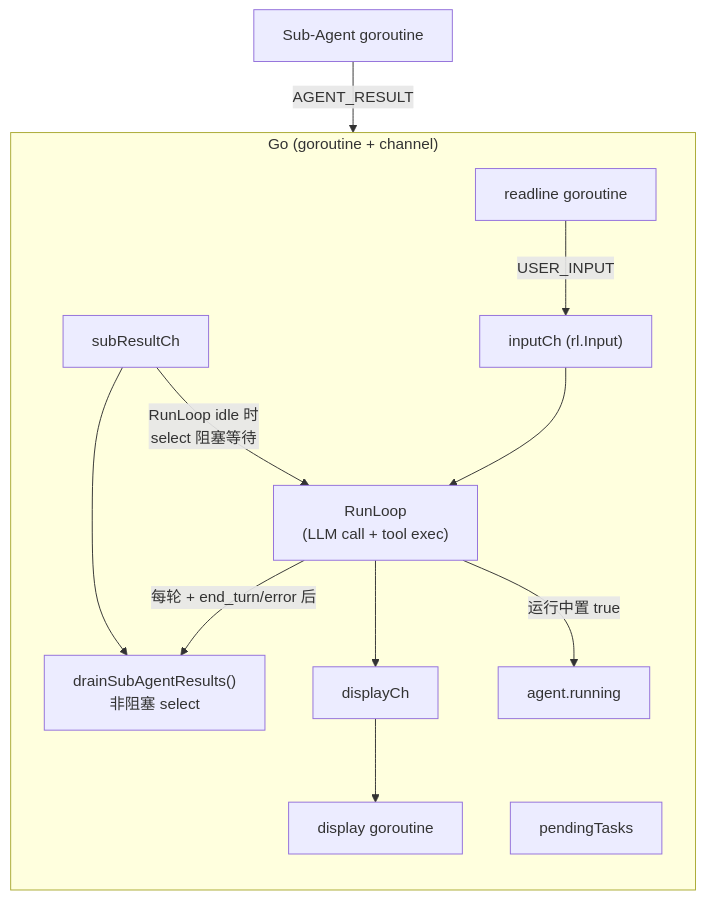
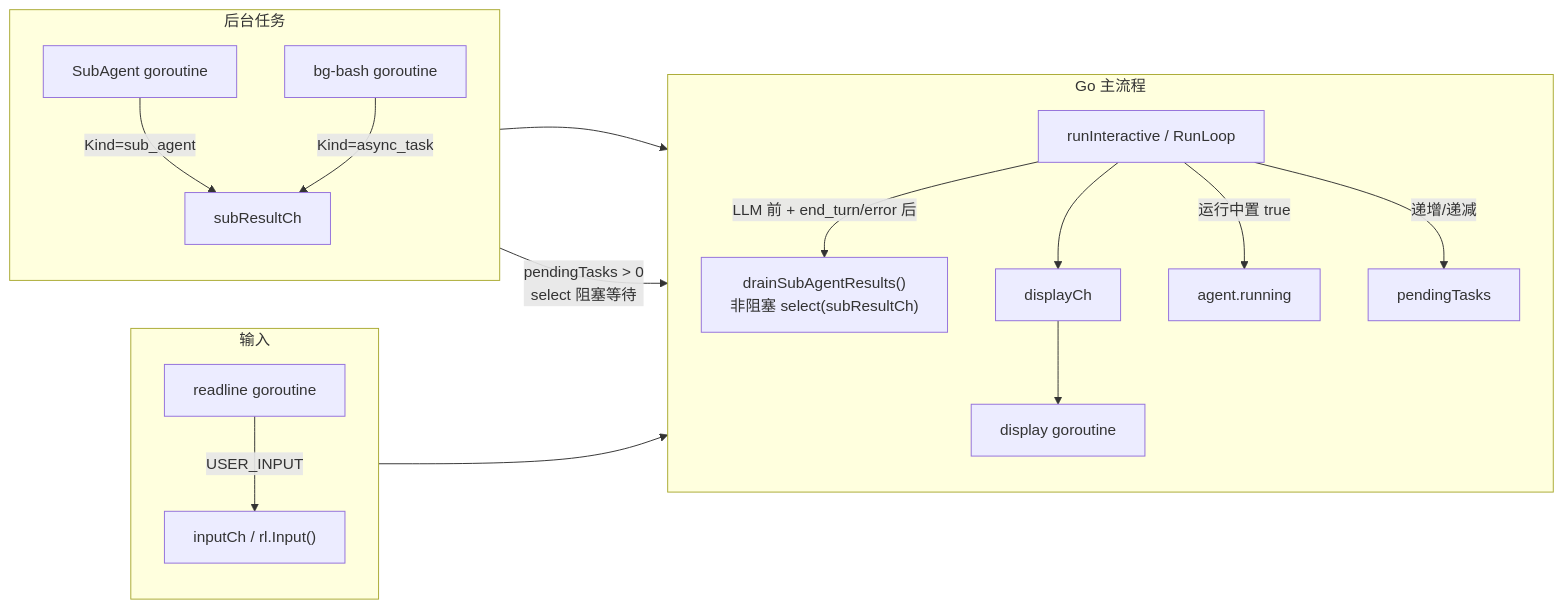
The seventh of 8 diagrams in docs/BASH_ARCHITECTURE.md (lloydzhou/bash-agent), drawn with Mermaid before and after one commit. The commit also changed other lines of this file and 1 other file, not shown here.

Commit message:
docs: update architecture diagrams

````diff
--- a/docs/BASH_ARCHITECTURE.md
+++ b/docs/BASH_ARCHITECTURE.md
@@ -1428,26 +1524,36 @@
 ```mermaid
-graph TB
-    subgraph Go["Go (goroutine + channel)"]
+graph LR
+    subgraph GIn["输入"]
         direction TB
         GL["readline goroutine"]
-        GInput["inputCh (rl.Input)"]
-        GMain["RunLoop<br/>(LLM call + tool exec)"]
-        GDrain["drainSubAgentResults()<br/>非阻塞 select"]
-        GResultQ["subResultCh"]
+        GInput["inputCh / rl.Input()"]
+        GL -->|"USER_INPUT"| GInput
+    end
+
+    subgraph GMainFlow["Go 主流程"]
+        direction TB
+        GLoop["runInteractive / RunLoop"]
+        GDrain["drainSubAgentResults()<br/>非阻塞 select(subResultCh)"]
         GDispQ["displayCh"]
         GDisp["display goroutine"]
         GRunning["agent.running"]
         GPending["pendingTasks"]
+        GLoop -->|"LLM 前 + end_turn/error 后"| GDrain
+        GLoop --> GDispQ --> GDisp
+        GLoop -->|"运行中置 true"| GRunning
+        GLoop -->|"递增/递减"| GPending
     end
-    GSub["Sub-Agent goroutine"]
 
-    GL -->|"USER_INPUT"| GInput
-    GInput --> GMain
-    GMain -->|"每轮 + end_turn/error 后"| GDrain
-    GMain --> GDispQ
-    GDispQ --> GDisp
-    GMain -->|"运行中置 true"| GRunning
-    GSub -->|"AGENT_RESULT"| GResultQ
+    subgraph GBg["后台任务"]
+        direction TB
+        GSub["SubAgent goroutine"]
+        GBash["bg-bash goroutine"]
+        GResultQ["subResultCh"]
+        GSub -->|"Kind=sub_agent"| GResultQ
+        GBash -->|"Kind=async_task"| GResultQ
+    end
+
+    GInput --> GLoop
     GResultQ --> GDrain
-    GResultQ -->|"RunLoop idle 时<br/>select 阻塞等待"| GMain
+    GResultQ -->|"pendingTasks > 0<br/>select 阻塞等待"| GLoop
 ```
````
